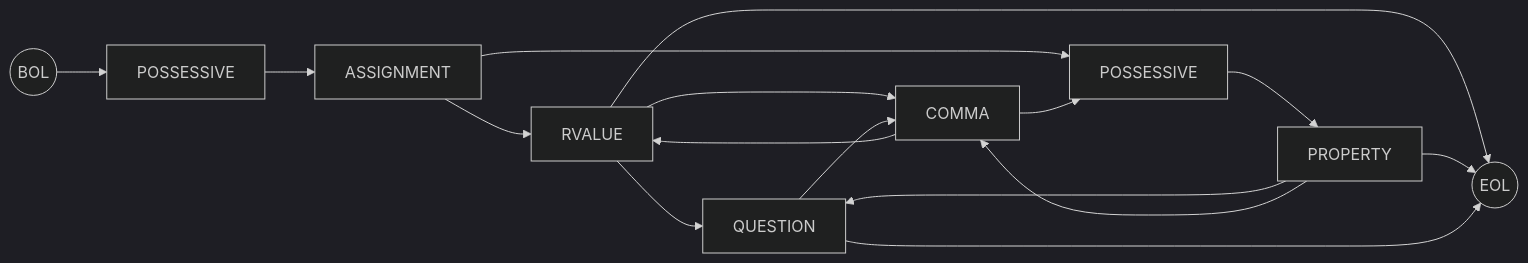
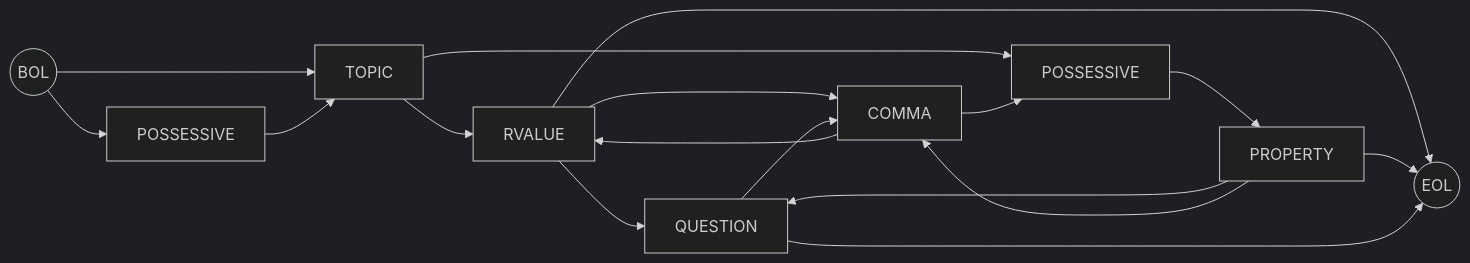
One commit to rewhowe/snapdragon changed the first of 15 diagrams in documentation/nfsm.md. Above: the diagram before and after it, drawn with Mermaid (dark theme). The commit also changed other lines of this file and 2 other files, not shown here.

````diff
--- a/documentation/nfsm.md
+++ b/documentation/nfsm.md
@@ -23,24 +23,25 @@
 ```mermaid
 graph LR
   BOL((BOL)) --> POSSESSIVE_1[POSSESSIVE]
-  POSSESSIVE_1[POSSESSIVE] --> ASSIGNMENT
+  BOL --> TOPIC
+  POSSESSIVE_1[POSSESSIVE] --> TOPIC
 
-  ASSIGNMENT --> RVALUE
-  ASSIGNMENT --> POSSESSIVE_2[POSSESSIVE]
+  TOPIC --> RVALUE
+  TOPIC --> POSSESSIVE_2[POSSESSIVE]
 
   RVALUE --> EOL
   RVALUE --> QUESTION
   RVALUE --> COMMA
 
   POSSESSIVE_2[POSSESSIVE] --> PROPERTY
 
   PROPERTY --> EOL
   PROPERTY --> QUESTION
   PROPERTY --> COMMA
 
   COMMA --> RVALUE
   COMMA --> POSSESSIVE_2[POSSESSIVE]
 
   QUESTION --> COMMA
   QUESTION --> EOL((EOL))
 ```
````
